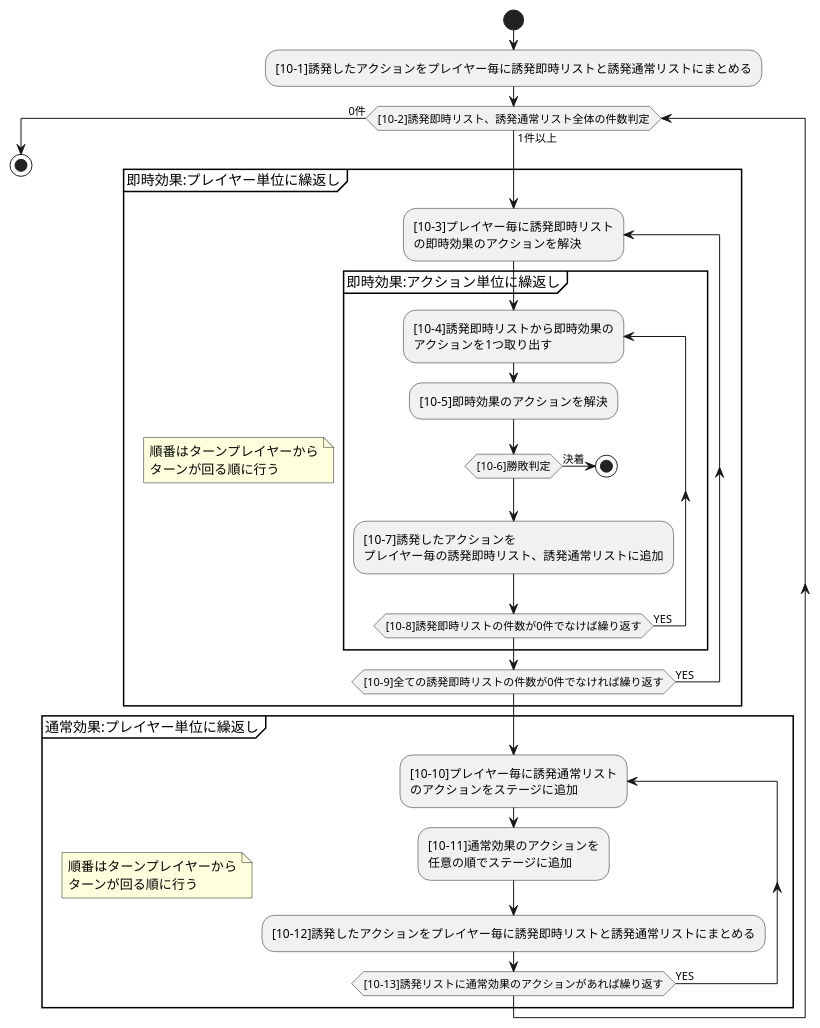
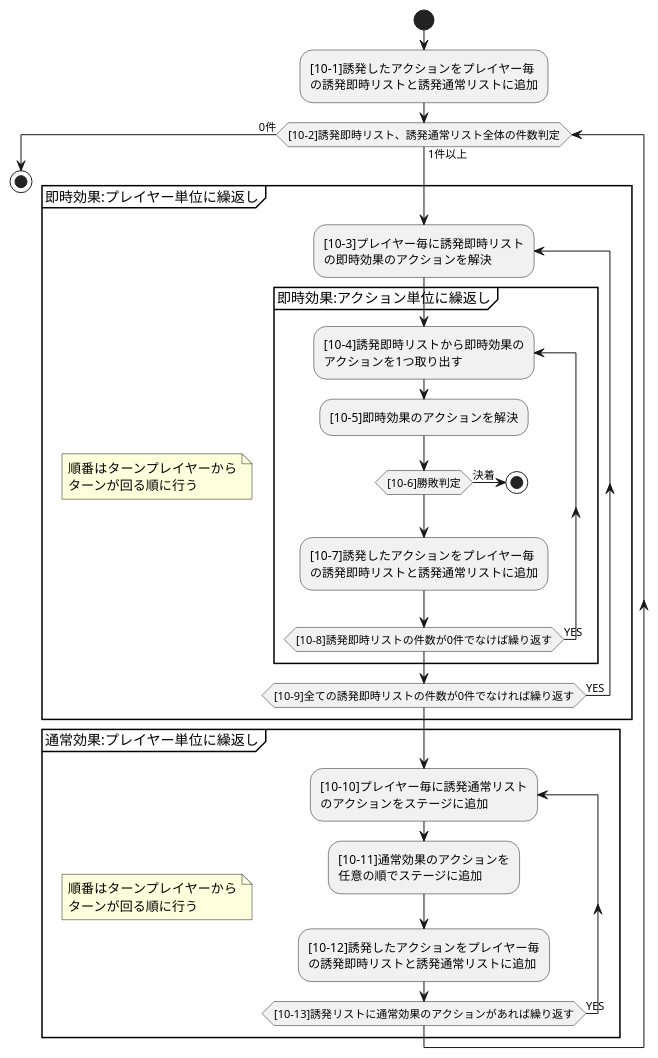
The diagram in source/core/triggerflow.puml (BlackPoker/BlackPoker), drawn with PlantUML before and after one commit. The commit also changed 1 other file, not shown here.

```diff
--- a/source/core/triggerflow.puml
+++ b/source/core/triggerflow.puml
@@ -1,36 +1,36 @@
 @startuml
 start
-:[10-1]誘発したアクションをプレイヤー毎に誘発即時リストと誘発通常リストにまとめる;
+:[10-1]誘発したアクションをプレイヤー毎\nの誘発即時リストと誘発通常リストに追加;
 while([10-2]誘発即時リスト、誘発通常リスト全体の件数判定) is (1件以上)
     group 即時効果:プレイヤー単位に繰返し
     note
         順番はターンプレイヤーから
         ターンが回る順に行う
     end note
     repeat :[10-3]プレイヤー毎に誘発即時リスト\nの即時効果のアクションを解決;
         group 即時効果:アクション単位に繰返し
         repeat :[10-4]誘発即時リストから即時効果の\nアクションを1つ取り出す;
             :[10-5]即時効果のアクションを解決;
             if([10-6]勝敗判定) then (決着)
                 stop
             endif
-            :[10-7]誘発したアクションを\nプレイヤー毎の誘発即時リスト、誘発通常リストに追加;
+            :[10-7]誘発したアクションをプレイヤー毎\nの誘発即時リストと誘発通常リストに追加;
         repeat while ([10-8]誘発即時リストの件数が0件でなけば繰り返す) is (YES)
         end group
     repeat while([10-9]全ての誘発即時リストの件数が0件でなければ繰り返す) is (YES)
     end group
 
     group 通常効果:プレイヤー単位に繰返し
     note
         順番はターンプレイヤーから
         ターンが回る順に行う
     end note
     repeat :[10-10]プレイヤー毎に誘発通常リスト\nのアクションをステージに追加;
         :[10-11]通常効果のアクションを\n任意の順でステージに追加;
-        :[10-12]誘発したアクションをプレイヤー毎に誘発即時リストと誘発通常リストにまとめる;
+        :[10-12]誘発したアクションをプレイヤー毎\nの誘発即時リストと誘発通常リストに追加;
     repeat while ([10-13]誘発リストに通常効果のアクションがあれば繰り返す) is (YES)
     end group
 
 endwhile (0件)
     stop
 @enduml
```
